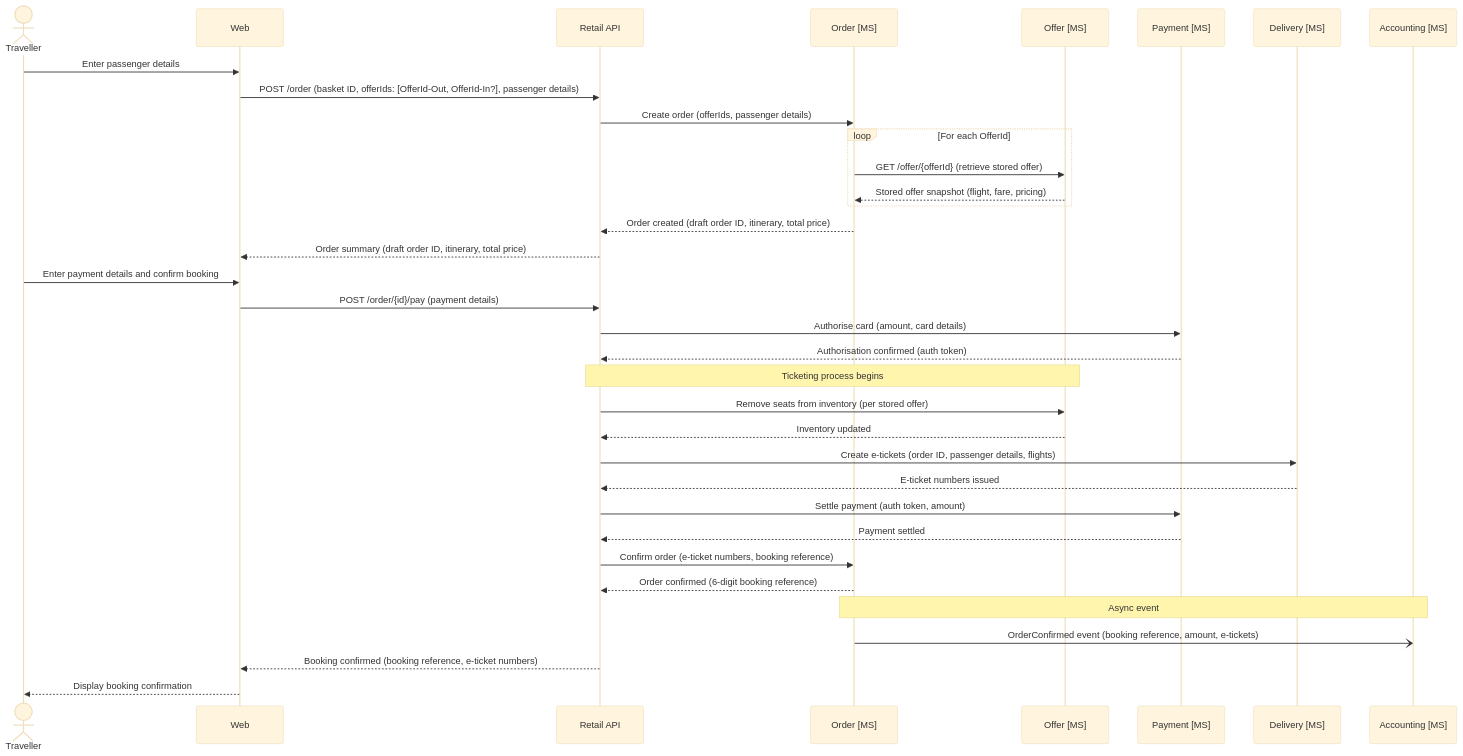
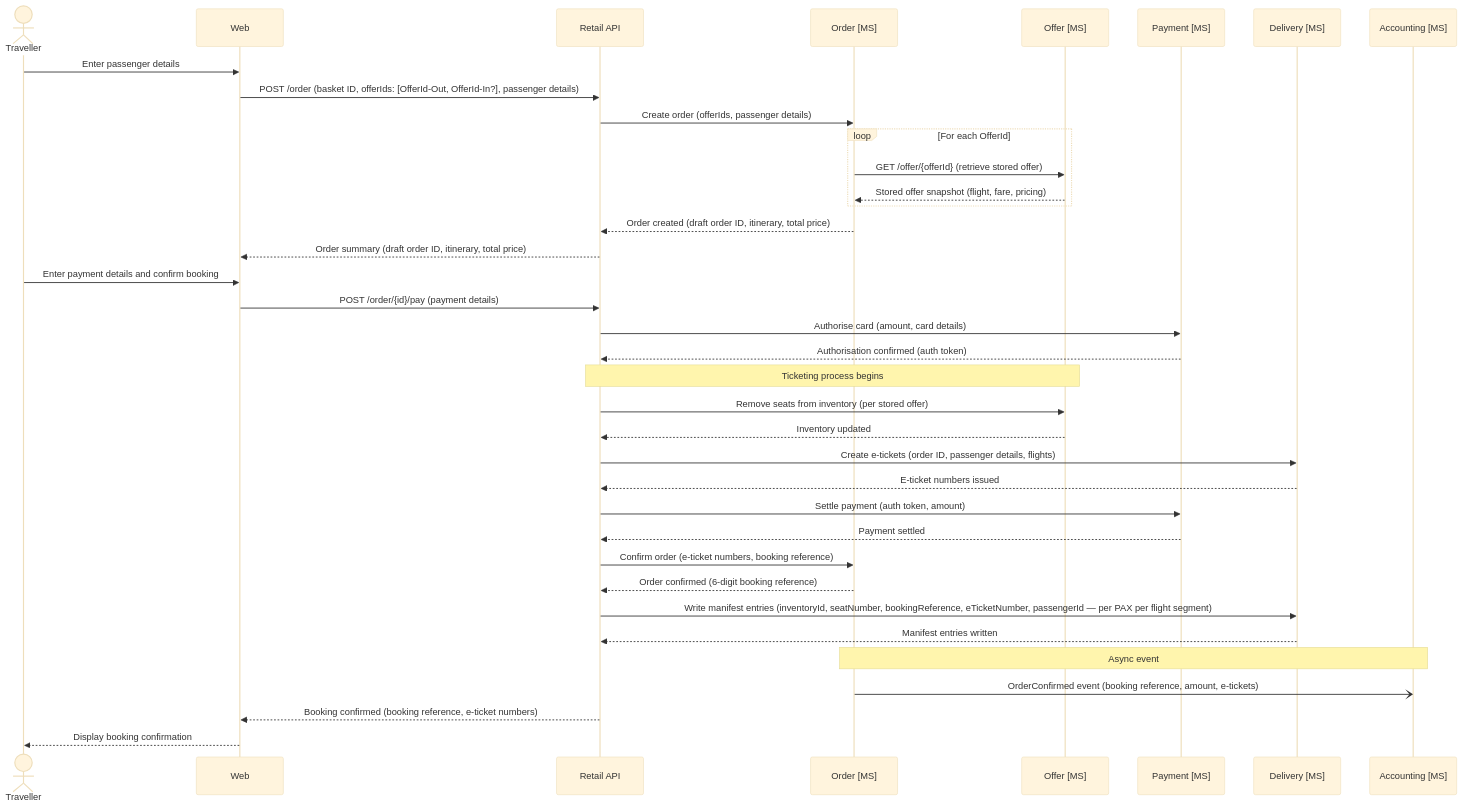
Before and after one commit to sebharvey/airline-reservation-system: the third of 7 diagrams in architecture/design.md, drawn with Mermaid (base theme). The commit also changed other lines of this file, not shown here.

````diff
--- a/architecture/design.md
+++ b/architecture/design.md
@@ -276,50 +277,53 @@
 ```mermaid
 sequenceDiagram
     actor Traveller
     participant Web
     participant RetailAPI as Retail API
     participant OrderMS as Order [MS]
     participant OfferMS as Offer [MS]
     participant PaymentMS as Payment [MS]
     participant DeliveryMS as Delivery [MS]
     participant AccountingMS as Accounting [MS]
 
     Traveller->>Web: Enter passenger details
 
     Web->>RetailAPI: POST /order (basket ID, offerIds: [OfferId-Out, OfferId-In?], passenger details)
     RetailAPI->>OrderMS: Create order (offerIds, passenger details)
 
     loop For each OfferId
         OrderMS->>OfferMS: GET /offer/{offerId} (retrieve stored offer)
         OfferMS-->>OrderMS: Stored offer snapshot (flight, fare, pricing)
     end
 
     OrderMS-->>RetailAPI: Order created (draft order ID, itinerary, total price)
     RetailAPI-->>Web: Order summary (draft order ID, itinerary, total price)
 
     Traveller->>Web: Enter payment details and confirm booking
 
     Web->>RetailAPI: POST /order/{id}/pay (payment details)
     RetailAPI->>PaymentMS: Authorise card (amount, card details)
     PaymentMS-->>RetailAPI: Authorisation confirmed (auth token)
 
     Note over RetailAPI, OfferMS: Ticketing process begins
 
     RetailAPI->>OfferMS: Remove seats from inventory (per stored offer)
     OfferMS-->>RetailAPI: Inventory updated
 
     RetailAPI->>DeliveryMS: Create e-tickets (order ID, passenger details, flights)
     DeliveryMS-->>RetailAPI: E-ticket numbers issued
 
     RetailAPI->>PaymentMS: Settle payment (auth token, amount)
     PaymentMS-->>RetailAPI: Payment settled
 
     RetailAPI->>OrderMS: Confirm order (e-ticket numbers, booking reference)
     OrderMS-->>RetailAPI: Order confirmed (6-digit booking reference)
 
+    RetailAPI->>DeliveryMS: Write manifest entries (inventoryId, seatNumber, bookingReference, eTicketNumber, passengerId — per PAX per flight segment)
+    DeliveryMS-->>RetailAPI: Manifest entries written
+
     Note over OrderMS, AccountingMS: Async event
     OrderMS-)AccountingMS: OrderConfirmed event (booking reference, amount, e-tickets)
 
     RetailAPI-->>Web: Booking confirmed (booking reference, e-ticket numbers)
     Web-->>Traveller: Display booking confirmation
 ```
````
